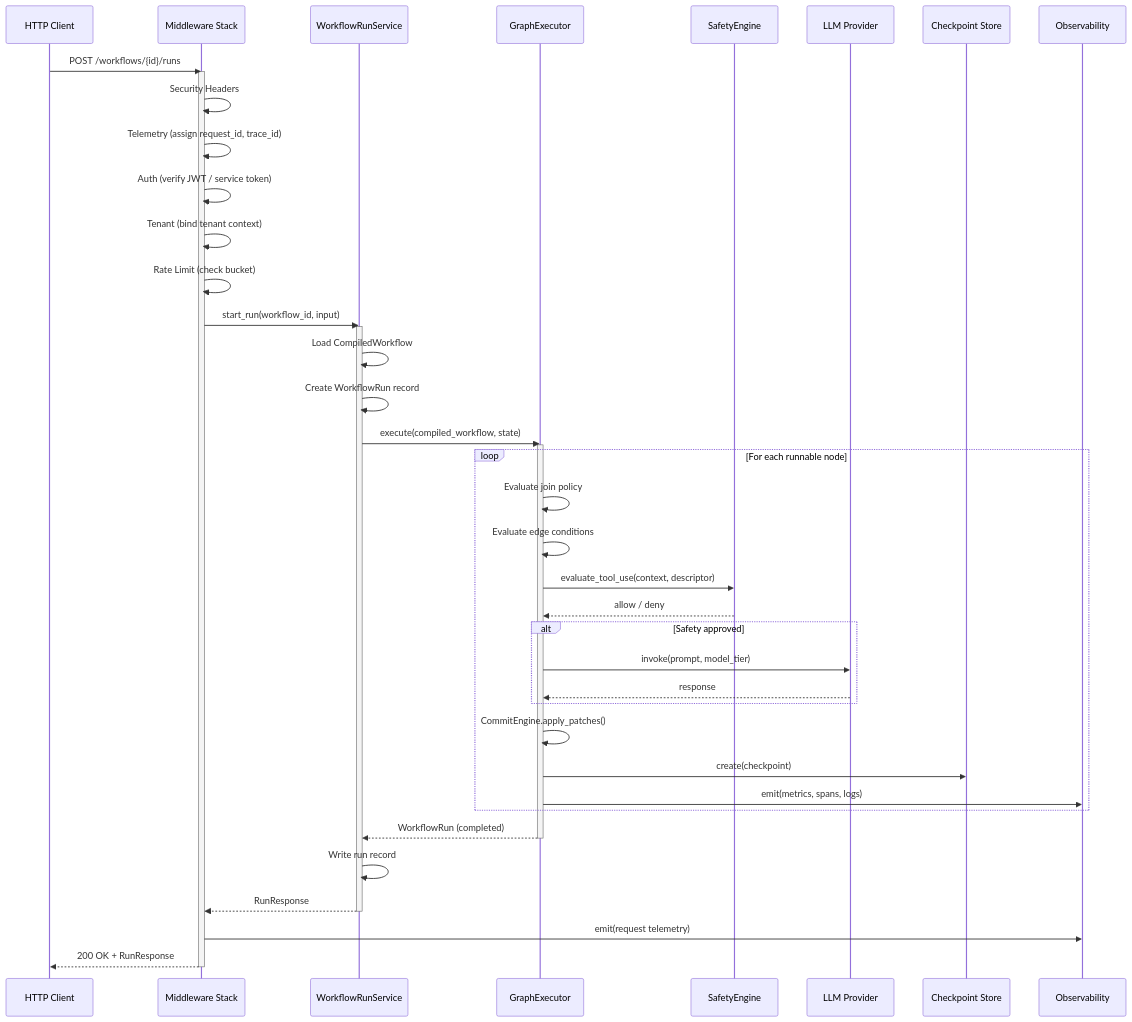
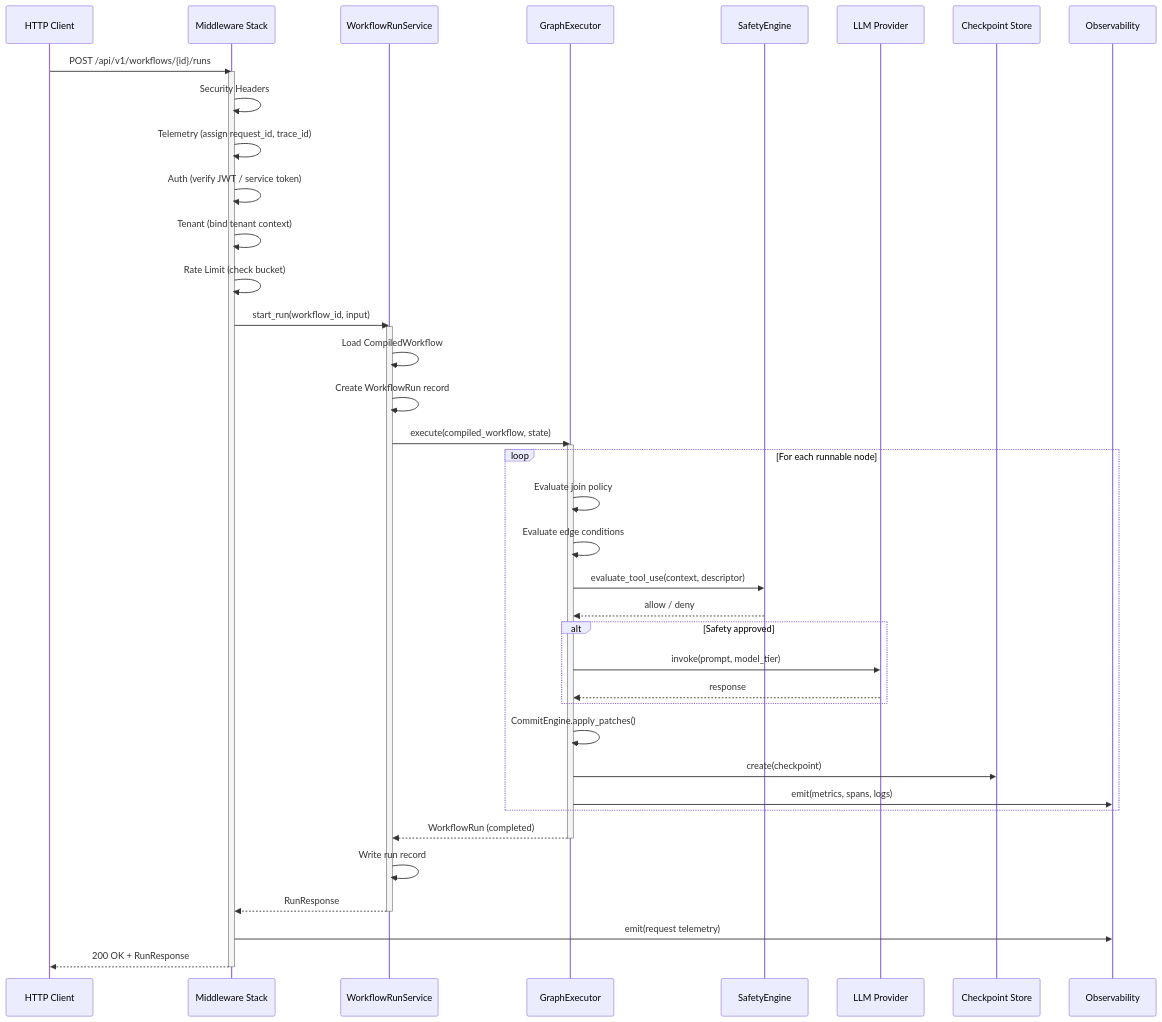
One commit to noriyuki-nakano-opsdata/pylon changed the second of 4 diagrams in docs/architecture.md. Above: the diagram before and after it, drawn with Mermaid. The commit also changed 144 other files, not shown here.

````diff
--- a/docs/architecture.md
+++ b/docs/architecture.md
@@ -524,56 +524,56 @@
 ```mermaid
 sequenceDiagram
     participant C as HTTP Client
     participant MW as Middleware Stack
     participant WRS as WorkflowRunService
     participant GE as GraphExecutor
     participant SE as SafetyEngine
     participant LLM as LLM Provider
     participant CP as Checkpoint Store
     participant OB as Observability
 
-    C->>MW: POST /workflows/{id}/runs
+    C->>MW: POST /api/v1/workflows/{id}/runs
     activate MW
 
     MW->>MW: Security Headers
     MW->>MW: Telemetry (assign request_id, trace_id)
     MW->>MW: Auth (verify JWT / service token)
     MW->>MW: Tenant (bind tenant context)
     MW->>MW: Rate Limit (check bucket)
 
     MW->>WRS: start_run(workflow_id, input)
     activate WRS
 
     WRS->>WRS: Load CompiledWorkflow
     WRS->>WRS: Create WorkflowRun record
 
     WRS->>GE: execute(compiled_workflow, state)
     activate GE
 
     loop For each runnable node
         GE->>GE: Evaluate join policy
         GE->>GE: Evaluate edge conditions
         GE->>SE: evaluate_tool_use(context, descriptor)
         SE-->>GE: allow / deny
 
         alt Safety approved
             GE->>LLM: invoke(prompt, model_tier)
             LLM-->>GE: response
         end
 
         GE->>GE: CommitEngine.apply_patches()
         GE->>CP: create(checkpoint)
         GE->>OB: emit(metrics, spans, logs)
     end
 
     GE-->>WRS: WorkflowRun (completed)
     deactivate GE
 
     WRS->>WRS: Write run record
     WRS-->>MW: RunResponse
     deactivate WRS
 
     MW->>OB: emit(request telemetry)
     MW-->>C: 200 OK + RunResponse
     deactivate MW
 ```
````
